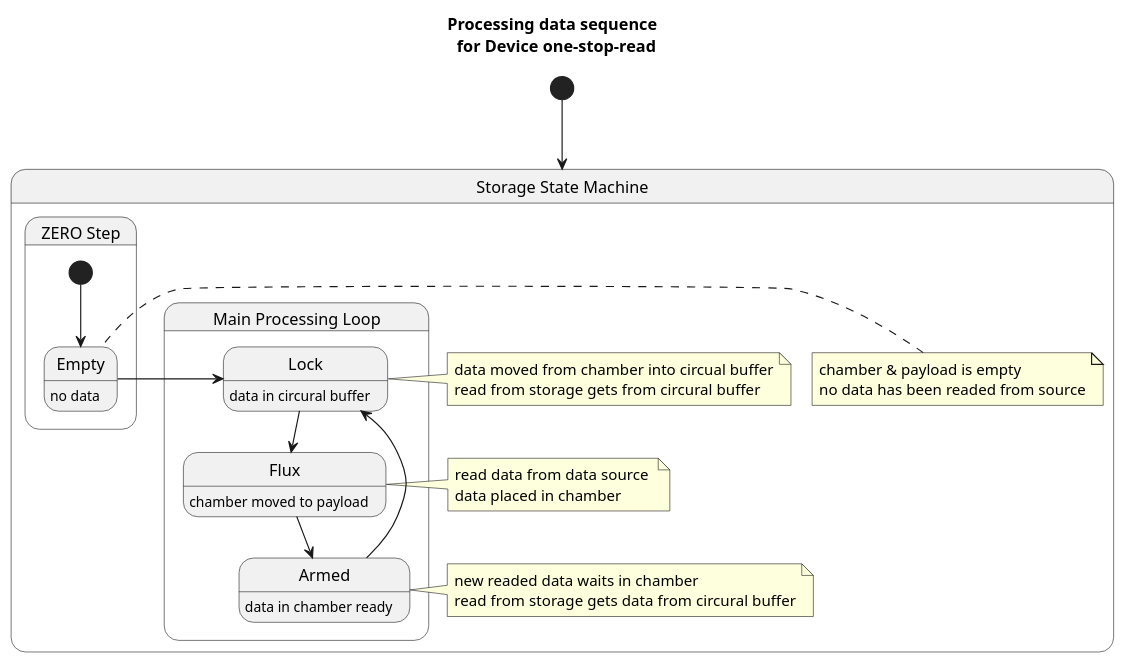
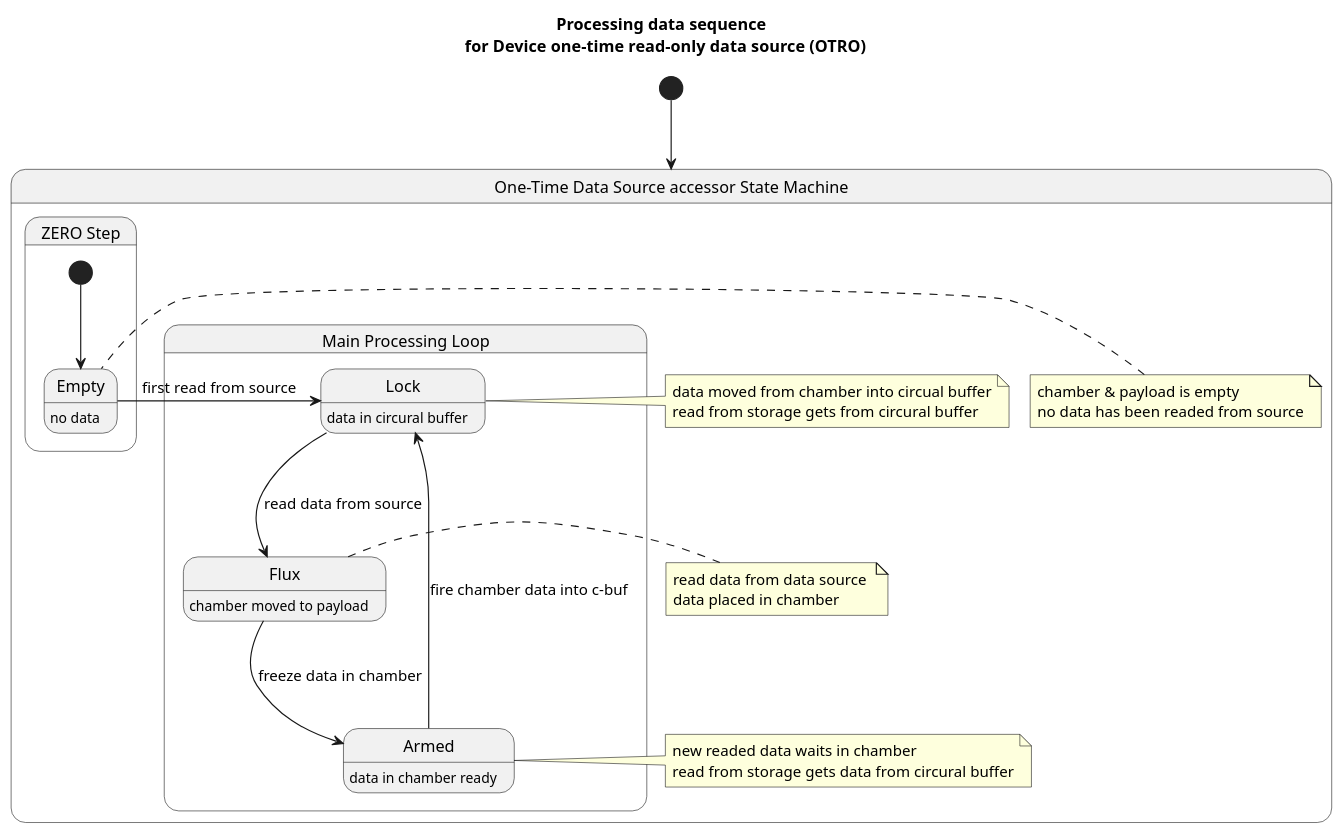
One commit to michalwidera/retractordb changed the diagram in src/retractor/UML/storage-access-state.puml. Above: the diagram before and after it, drawn with PlantUML. The commit also changed 2 other files, not shown here.

```diff
--- a/src/retractor/UML/storage-access-state.puml
+++ b/src/retractor/UML/storage-access-state.puml
@@ -1,47 +1,46 @@
 @startuml
 
-title Processing data sequence \n for Device one-stop-read
+title Processing data sequence \n for Device one-time read-only data source (OTRO)
 [*] --> Storage
 
-state Storage as "Storage State Machine" {
+state Storage as "One-Time Data Source accessor State Machine" {
 
   state ZeroStep as "ZERO Step" {
     [*] --> Empty
     state Empty : no data
   }
 
   state MainLoop as "Main Processing Loop" {
     state Armed : data in chamber ready
     state Flux : chamber moved to payload
     state Lock : data in circural buffer 
-    Flux --> Armed 
-    Armed --> Lock
-    Lock --> Flux
+    Flux ---> Armed : freeze data in chamber
+    Armed ---> Lock : fire chamber data into c-buf
+    Lock ---> Flux : read data from source
   }
 
-  Empty-> Lock
-
+  Empty -> Lock : first read from source
 
   note right of Flux
   read data from data source 
   data placed in chamber
   end note
   
   note right of Armed
   new readed data waits in chamber
   read from storage gets data from circural buffer
   end note
   
   note right of Lock
   data moved from chamber into circual buffer
   read from storage gets from circural buffer
   end note
 
   note left of Empty
   chamber & payload is empty 
   no data has been readed from source
   end note
 
   }
 
 @enduml
```
